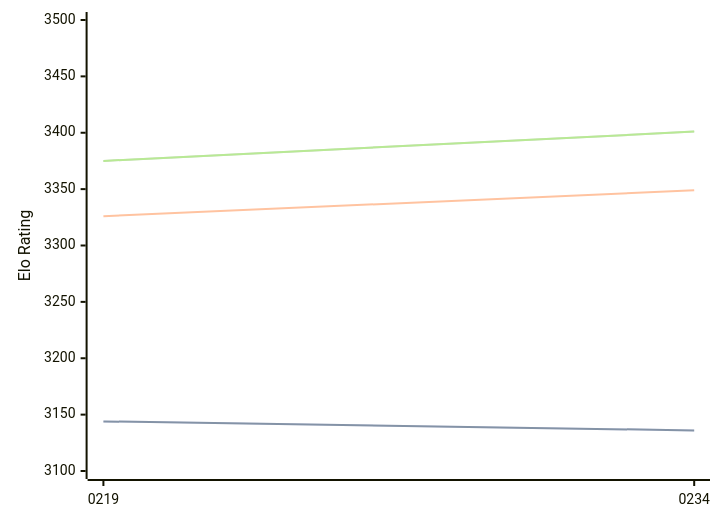
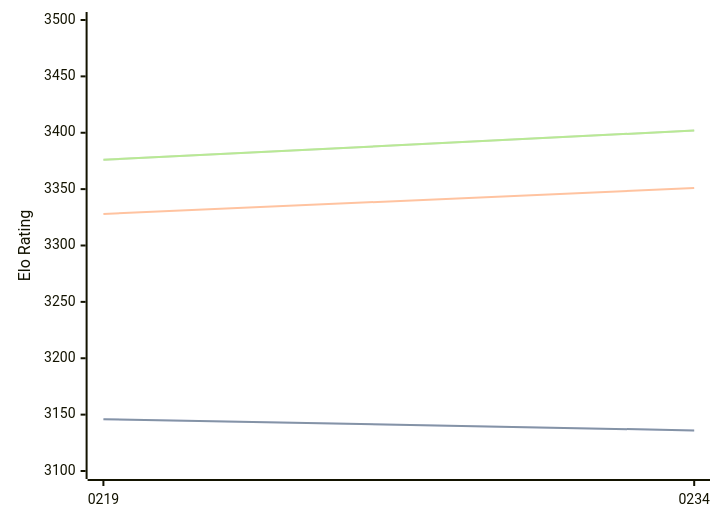
One commit to computer-chess-index/cci changed the diagram in engines/Ynode.md. Above: the diagram before and after it, drawn with Mermaid. The commit also changed other lines of this file, not shown here.

Commit message:
Update CCI Ratings (ELO VLTC) - 2026-09-16

````diff
--- a/engines/Ynode.md
+++ b/engines/Ynode.md
@@ -32,11 +32,11 @@
 ```mermaid
 %%{init: {"theme":"base","themeVariables":{"seriesColors:['#a3a3a3','#222221','#faa371']}}}%%
 xychart-beta
   x-axis ["0219", "0234"]
   y-axis "Elo Rating" 3100 --> 3500
-  line "" [3144, 3136]
-  line "STC (8.0+0.08s)" [3144, 3136]
-  line "LTC (60.0+0.60s)" [3326, 3349]
-  line "" [3375, 3401]
-  line "VLTC (2m24s+1.12s)" [3375, 3401]
+  line "" [3146, 3136]
+  line "STC (8.0+0.08s)" [3146, 3136]
+  line "LTC (60.0+0.60s)" [3328, 3351]
+  line "" [3376, 3402]
+  line "VLTC (2m24s+1.12s)" [3376, 3402]
 ```
````
